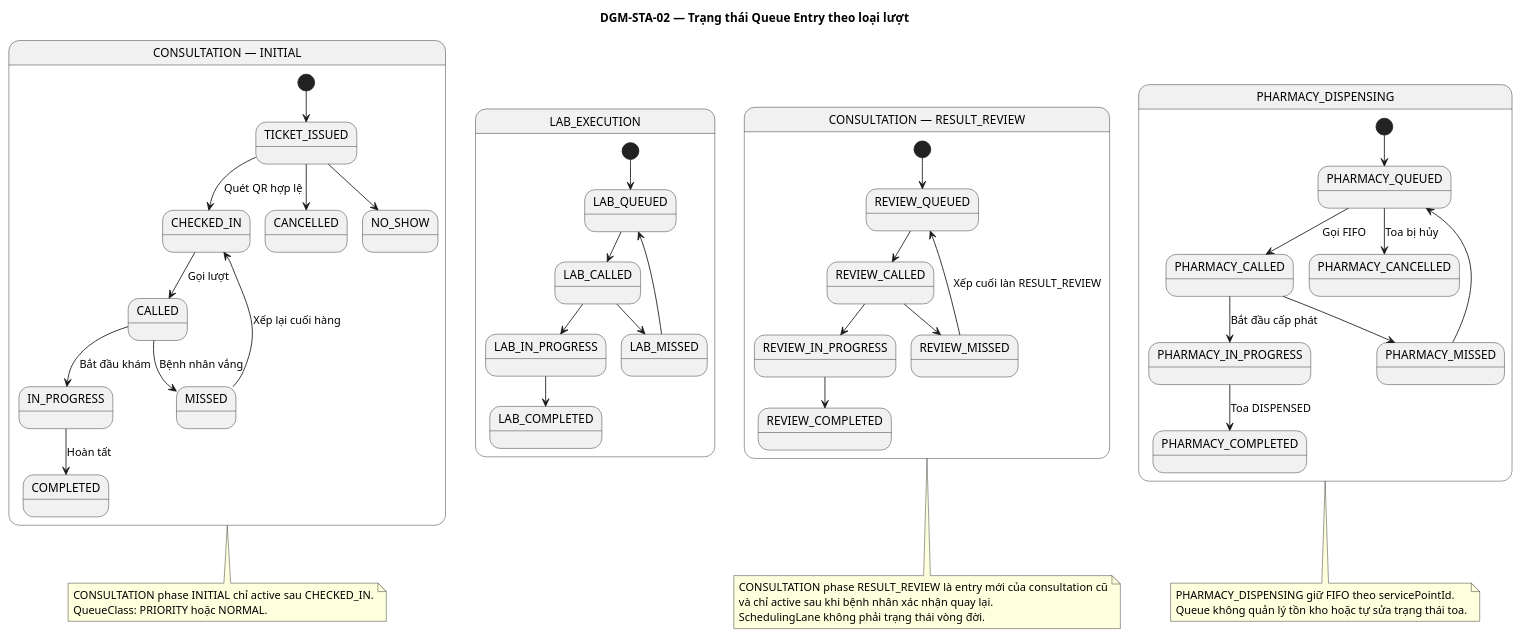
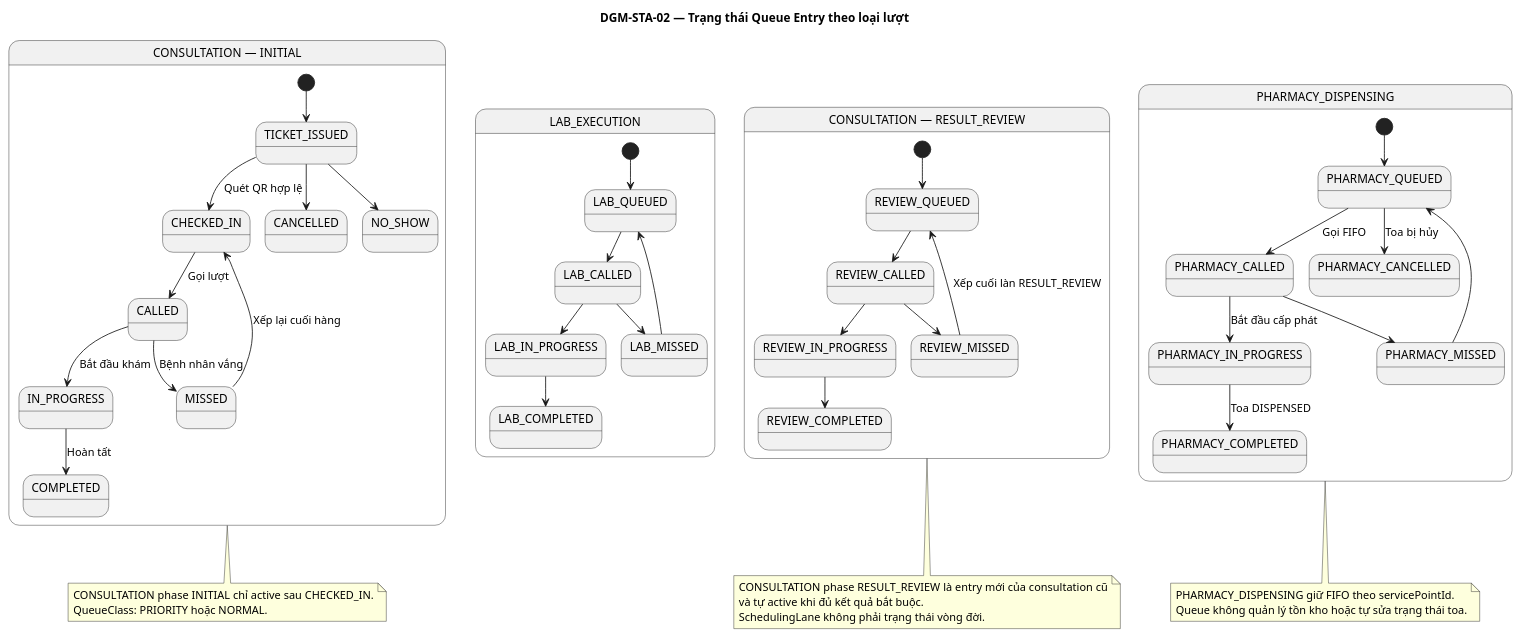
Before and after one commit to ntkhai268/careflow: the diagram in docs/report/chapter-03/diagrams/state/dgm-sta-02-queue-entry.puml, drawn with PlantUML. The commit also changed 11 other files, not shown here.

```diff
--- a/docs/report/chapter-03/diagrams/state/dgm-sta-02-queue-entry.puml
+++ b/docs/report/chapter-03/diagrams/state/dgm-sta-02-queue-entry.puml
@@ -1,62 +1,62 @@
 @startuml
 title DGM-STA-02 — Trạng thái Queue Entry theo loại lượt
 skinparam backgroundColor white
 skinparam shadowing false
 skinparam defaultFontName Arial
 
 state "CONSULTATION — INITIAL" as Initial {
   [*] --> TICKET_ISSUED
   TICKET_ISSUED --> CHECKED_IN : Quét QR hợp lệ
   CHECKED_IN --> CALLED : Gọi lượt
   CALLED --> IN_PROGRESS : Bắt đầu khám
   IN_PROGRESS --> COMPLETED : Hoàn tất
   CALLED --> MISSED : Bệnh nhân vắng
   MISSED --> CHECKED_IN : Xếp lại cuối hàng
   TICKET_ISSUED --> CANCELLED
   TICKET_ISSUED --> NO_SHOW
 }
 
 state "LAB_EXECUTION" as LabQueue {
   [*] --> LAB_QUEUED
   LAB_QUEUED --> LAB_CALLED
   LAB_CALLED --> LAB_IN_PROGRESS
   LAB_IN_PROGRESS --> LAB_COMPLETED
   LAB_CALLED --> LAB_MISSED
   LAB_MISSED --> LAB_QUEUED
 }
 
 state "CONSULTATION — RESULT_REVIEW" as ReviewQueue {
   [*] --> REVIEW_QUEUED
   REVIEW_QUEUED --> REVIEW_CALLED
   REVIEW_CALLED --> REVIEW_IN_PROGRESS
   REVIEW_IN_PROGRESS --> REVIEW_COMPLETED
   REVIEW_CALLED --> REVIEW_MISSED
   REVIEW_MISSED --> REVIEW_QUEUED : Xếp cuối làn RESULT_REVIEW
 }
 
 state "PHARMACY_DISPENSING" as PharmacyQueue {
   [*] --> PHARMACY_QUEUED
   PHARMACY_QUEUED --> PHARMACY_CALLED : Gọi FIFO
   PHARMACY_CALLED --> PHARMACY_IN_PROGRESS : Bắt đầu cấp phát
   PHARMACY_IN_PROGRESS --> PHARMACY_COMPLETED : Toa DISPENSED
   PHARMACY_CALLED --> PHARMACY_MISSED
   PHARMACY_MISSED --> PHARMACY_QUEUED
   PHARMACY_QUEUED --> PHARMACY_CANCELLED : Toa bị hủy
 }
 
 note bottom of Initial
   CONSULTATION phase INITIAL chỉ active sau CHECKED_IN.
   QueueClass: PRIORITY hoặc NORMAL.
 end note
 
 note bottom of ReviewQueue
   CONSULTATION phase RESULT_REVIEW là entry mới của consultation cũ
-  và chỉ active sau khi bệnh nhân xác nhận quay lại.
+  và tự active khi đủ kết quả bắt buộc.
   SchedulingLane không phải trạng thái vòng đời.
 end note
 
 note bottom of PharmacyQueue
   PHARMACY_DISPENSING giữ FIFO theo servicePointId.
   Queue không quản lý tồn kho hoặc tự sửa trạng thái toa.
 end note
 @enduml
```
